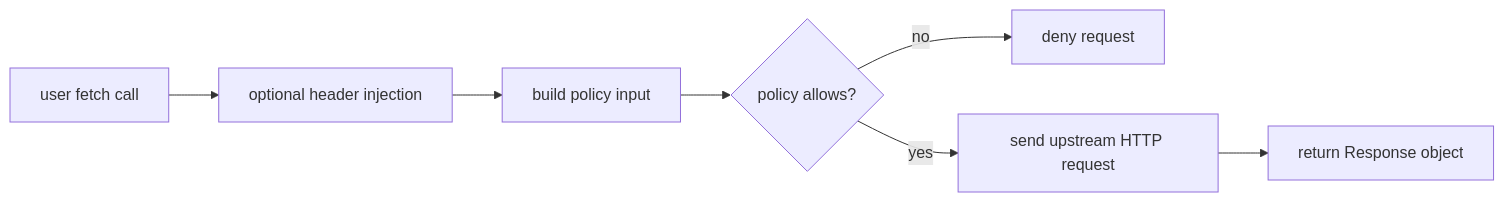
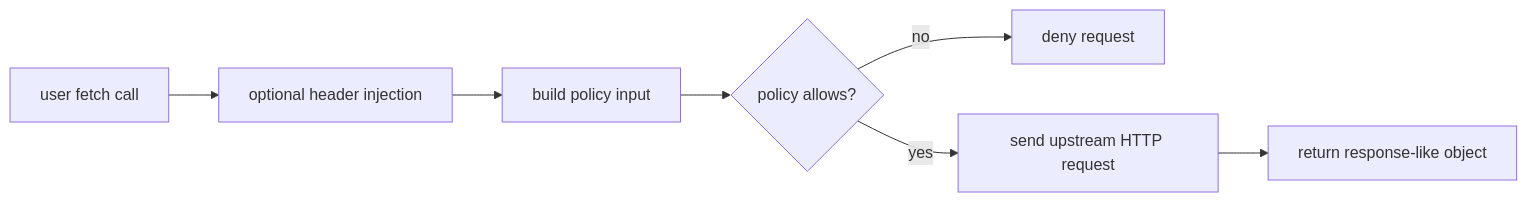
Before and after one commit to r33drichards/mcp-js: the diagram in site-docs/concepts/network-access.md, drawn with Mermaid. The commit also changed other lines of this file and 1 other file, not shown here.

````diff
--- a/site-docs/concepts/network-access.md
+++ b/site-docs/concepts/network-access.md
@@ -12,9 +12,9 @@
 ```mermaid
 flowchart LR
   A[user fetch call] --> B[optional header injection]
   B --> C[build policy input]
   C --> D{policy allows?}
   D -->|no| E[deny request]
   D -->|yes| F[send upstream HTTP request]
-  F --> G[return Response object]
+  F --> G[return response-like object]
 ```
````
